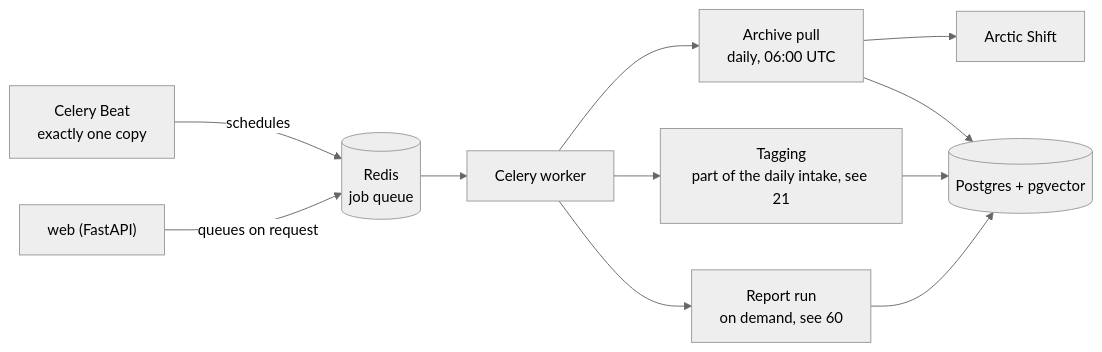
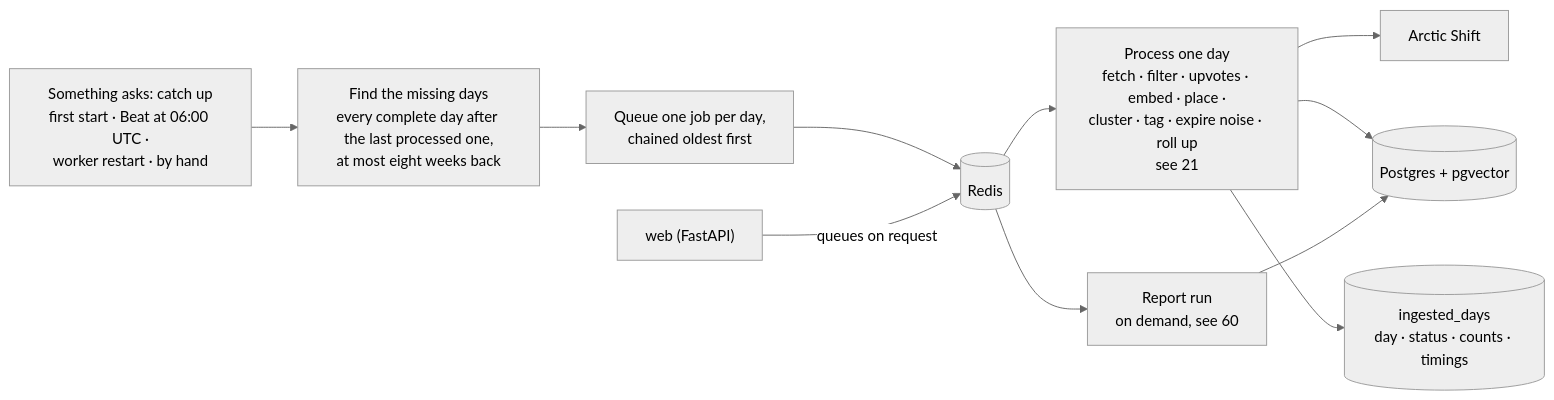
Before and after one commit to brianaderer/transcendent: the second of 2 diagrams in docs/atlas/40-backend.md, drawn with Mermaid (neutral theme). The commit also changed other lines of this file and 1 other file, not shown here.

Commit message:
Atlas: one catch-up operation over a range of days for first start, daily pull and downtime

````diff
--- a/docs/atlas/40-backend.md
+++ b/docs/atlas/40-backend.md
@@ -64,23 +69,22 @@
 ```mermaid
 flowchart LR
-    BEAT["Celery Beat<br/>exactly one copy"]
-    REDIS[("Redis<br/>job queue")]
-    WORK["Celery worker"]
-    PULL["Archive pull<br/>daily, 06:00 UTC"]
-    TAGJ["Tagging<br/>part of the daily intake, see 21"]
+    TRIG["Something asks: catch up<br/>first start · Beat at 06:00 UTC ·<br/>worker restart · by hand"]
+    GAP["Find the missing days<br/>every complete day after the last processed one,<br/>at most eight weeks back"]
+    CHAIN["Queue one job per day,<br/>chained oldest first"]
+    DAY["Process one day<br/>fetch · filter · upvotes · embed · place ·<br/>cluster · tag · expire noise · roll up<br/>see 21"]
+    MARK[("ingested_days<br/>day · status · counts · timings")]
     REPJ["Report run<br/>on demand, see 60"]
     WEB["web (FastAPI)"]
+    REDIS[("Redis")]
     AS["Arctic Shift"]
     PG[("Postgres + pgvector")]
 
-    BEAT -->|"schedules"| REDIS
+    TRIG --> GAP --> CHAIN --> REDIS
     WEB -->|"queues on request"| REDIS
-    REDIS --> WORK
-    WORK --> PULL
-    WORK --> TAGJ
-    WORK --> REPJ
-    PULL --> AS
-    PULL --> PG
-    TAGJ --> PG
+    REDIS --> DAY
+    REDIS --> REPJ
+    DAY --> AS
+    DAY --> PG
+    DAY --> MARK
     REPJ --> PG
 ```
````
